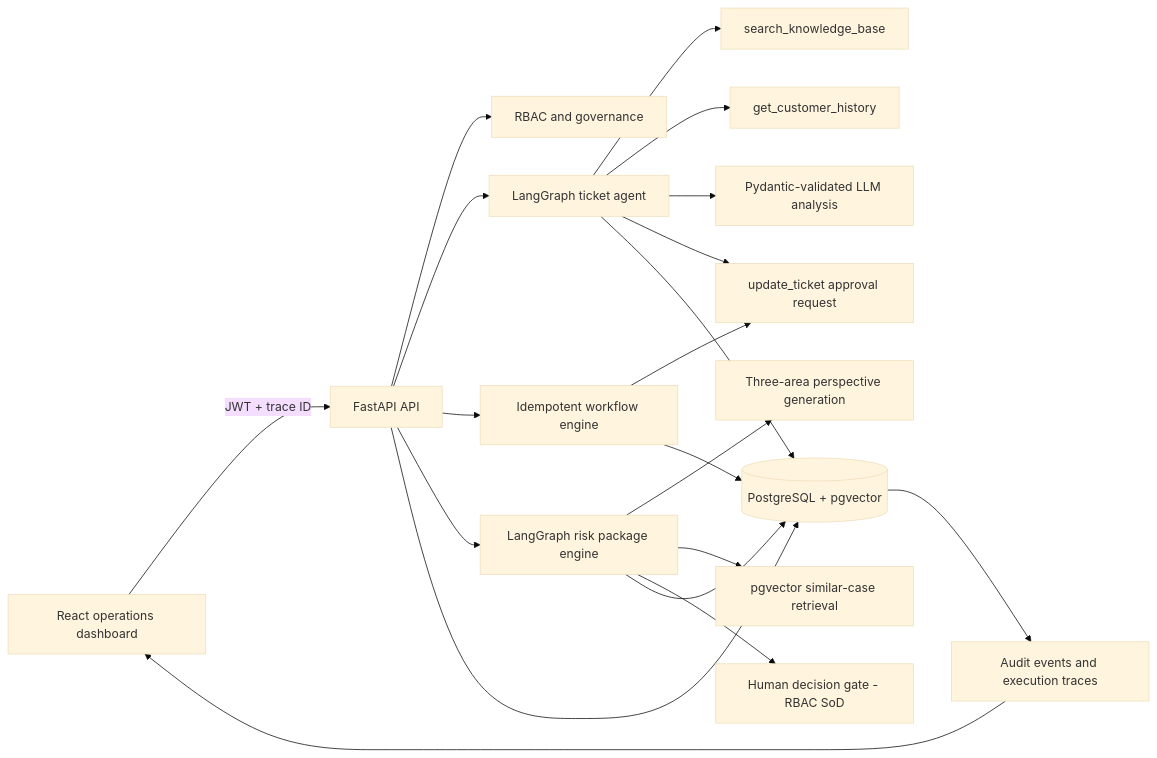
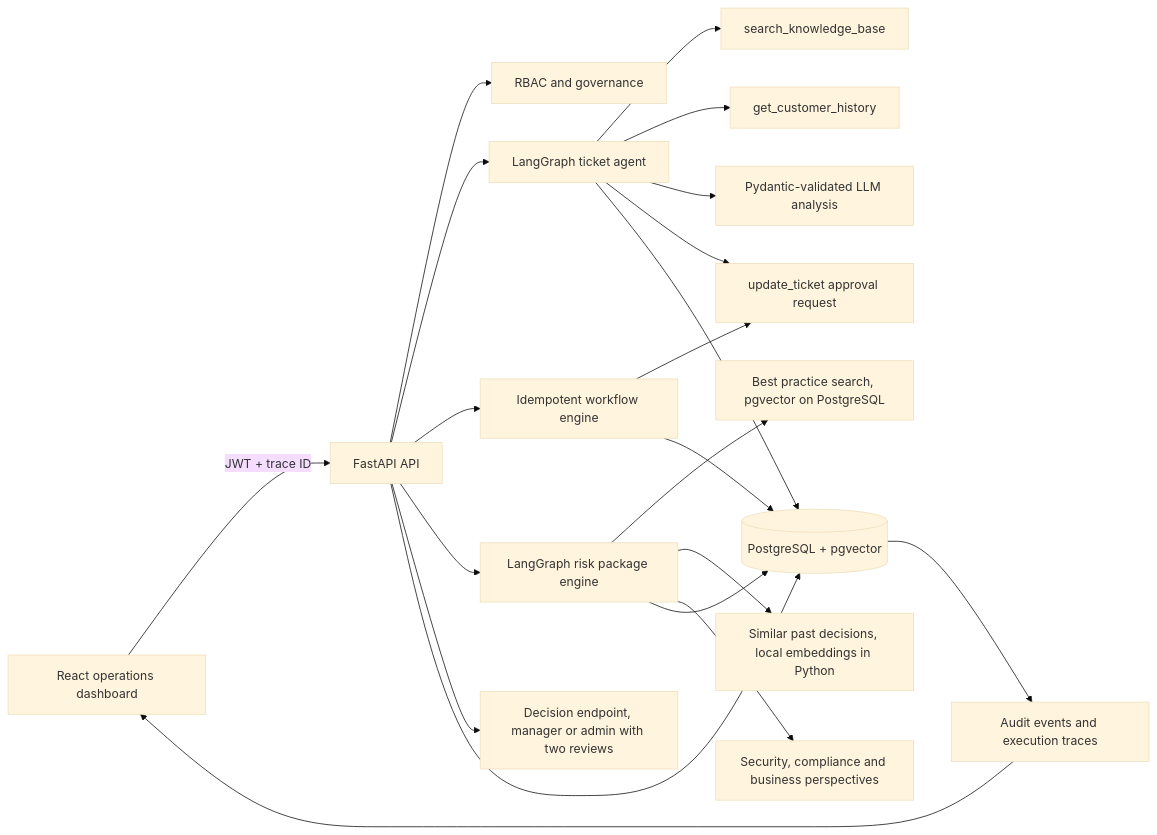
Before and after one commit to RidhanPar/ai-ops-workflow-automation-platform: the diagram in README.md, drawn with Mermaid (base theme). The commit also changed other lines of this file and 7 other files, not shown here.

````diff
--- a/README.md
+++ b/README.md
@@ -53,22 +53,23 @@
 ```mermaid
 flowchart LR
     UI[React operations dashboard] -->|JWT + trace ID| API[FastAPI API]
     API --> AUTH[RBAC and governance]
     API --> AGENT[LangGraph ticket agent]
     AGENT --> KB[search_knowledge_base]
     AGENT --> HISTORY[get_customer_history]
     AGENT --> LLM[Pydantic-validated LLM analysis]
     AGENT --> APPROVAL[update_ticket approval request]
     API --> ENGINE[Idempotent workflow engine]
     ENGINE --> APPROVAL
     API --> RISK[LangGraph risk package engine]
-    RISK --> PERSPECTIVES[Three-area perspective generation]
-    RISK --> SIMILAR[pgvector similar-case retrieval]
-    RISK --> HUMANGATE[Human decision gate - RBAC SoD]
+    RISK --> BESTPRACTICE[Best practice search, pgvector on PostgreSQL]
+    RISK --> SIMILAR[Similar past decisions, local embeddings in Python]
+    RISK --> PERSPECTIVES[Security, compliance and business perspectives]
+    API --> HUMANGATE[Decision endpoint, manager or admin with two reviews]
     API --> DB[(PostgreSQL + pgvector)]
     AGENT --> DB
     ENGINE --> DB
     RISK --> DB
     DB --> TRACE[Audit events and execution traces]
     TRACE --> UI
 ```
````
